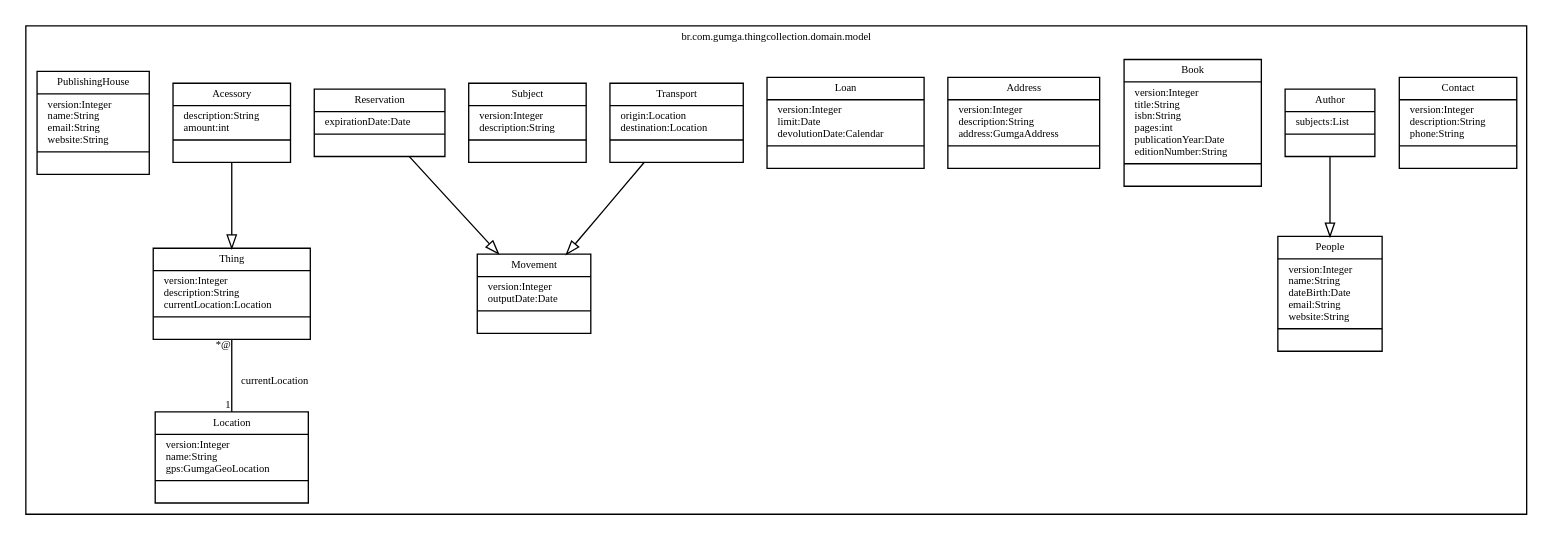
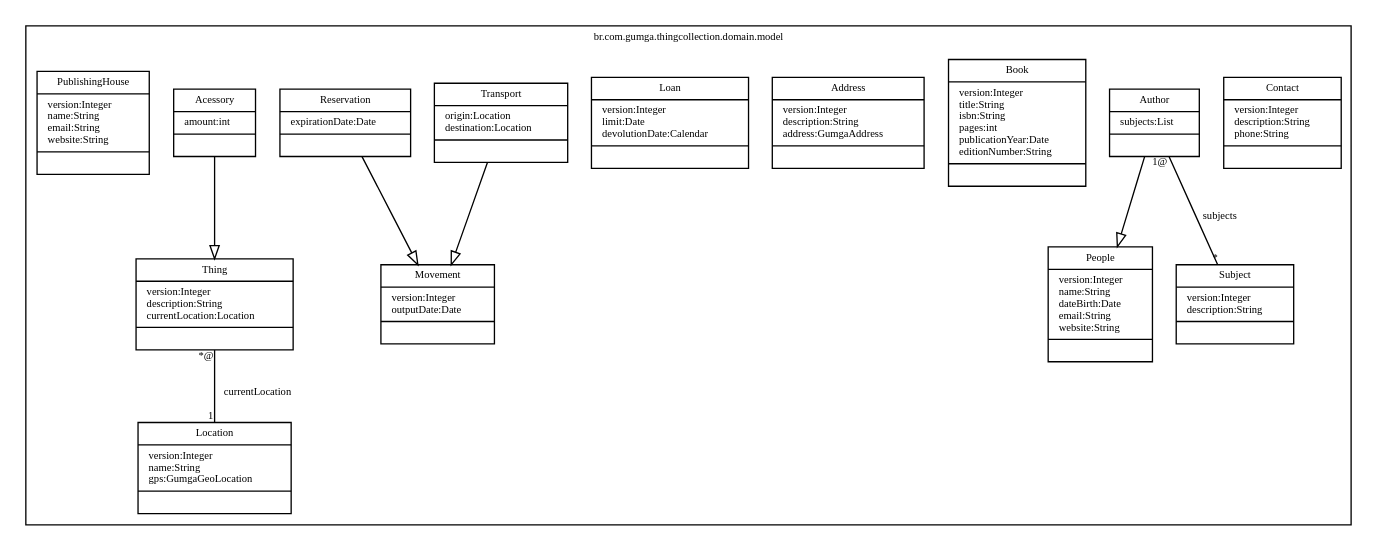
One commit to willianmarquesfreire/ThingCollection changed the diagram in ThingCollection-domain/target/docs/allclasses.dot. Above: the diagram before and after it, drawn with Graphviz. The commit also changed 46 other files, not shown here.

```diff
--- a/ThingCollection-domain/target/docs/allclasses.dot
+++ b/ThingCollection-domain/target/docs/allclasses.dot
@@ -1,44 +1,45 @@
 //Gerado automaticamente por plugin da www.gumga.com.br munif@munifgebara.com.br
 
 digraph G{
 fontname = "Bitstream Vera Sans"
 fontsize = 8
 
 node [
         fontname = "Bitstream Vera Sans"
         fontsize = 8
         shape = "record"
 ]
 
 edge [
         fontname = "Bitstream Vera Sans"
         fontsize = 8
 ]
 
 subgraph clusterbr_com_gumga_thingcollection_domain_model
 {
 label="br.com.gumga.thingcollection.domain.model";
 Contact [label = "{Contact|version:Integer\ldescription:String\lphone:String\l|}"]
 Author [label = "{Author|subjects:List\l|}"]
 People [label = "{People|version:Integer\lname:String\ldateBirth:Date\lemail:String\lwebsite:String\l|}"]
 Book [label = "{Book|version:Integer\ltitle:String\lisbn:String\lpages:int\lpublicationYear:Date\leditionNumber:String\l|}"]
 Movement [label = "{Movement|version:Integer\loutputDate:Date\l|}"]
 Address [label = "{Address|version:Integer\ldescription:String\laddress:GumgaAddress\l|}"]
 Loan [label = "{Loan|version:Integer\llimit:Date\ldevolutionDate:Calendar\l|}"]
 Transport [label = "{Transport|origin:Location\ldestination:Location\l|}"]
 Subject [label = "{Subject|version:Integer\ldescription:String\l|}"]
 Thing [label = "{Thing|version:Integer\ldescription:String\lcurrentLocation:Location\l|}"]
 Reservation [label = "{Reservation|expirationDate:Date\l|}"]
-Acessory [label = "{Acessory|description:String\lamount:int\l|}"]
+Acessory [label = "{Acessory|amount:int\l|}"]
 PublishingHouse [label = "{PublishingHouse|version:Integer\lname:String\lemail:String\lwebsite:String\l|}"]
 Location [label = "{Location|version:Integer\lname:String\lgps:GumgaGeoLocation\l|}"]
 
 }
 
 edge [ arrowhead = "empty" headlabel = "" taillabel = ""] Transport -> Movement
 edge [ arrowhead = "empty" headlabel = "" taillabel = ""] Acessory -> Thing
 edge [ arrowhead = "empty" headlabel = "" taillabel = ""] Author -> People
 edge [ arrowhead = "empty" headlabel = "" taillabel = ""] Reservation -> Movement
+edge [arrowhead = "none" headlabel = "*" taillabel = "1@"] Author -> Subject [label = "subjects"]
 edge [arrowhead = "none" headlabel = "1" taillabel = "*@"] Thing -> Location [label = "currentLocation"]
 
 }
```
